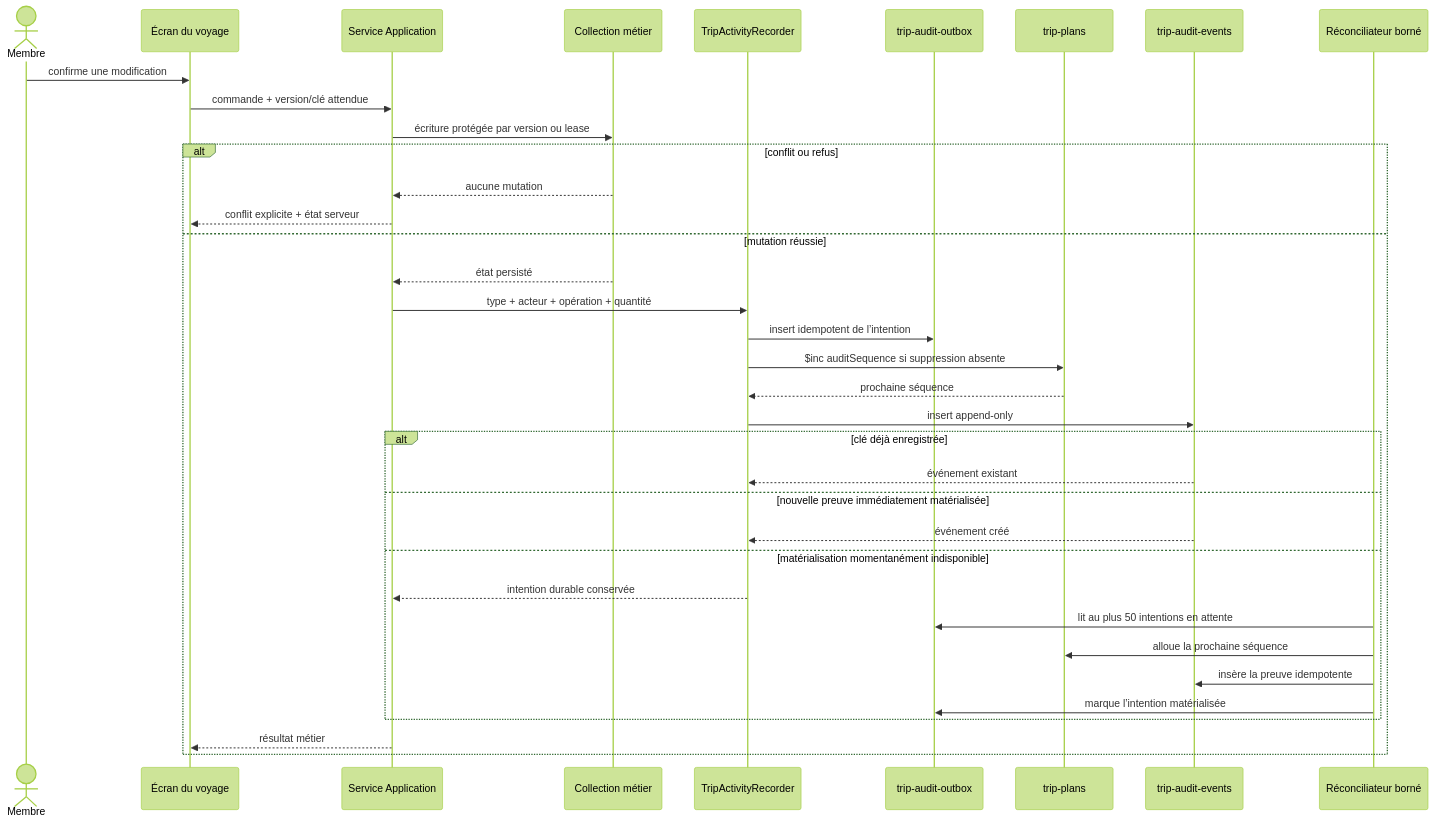
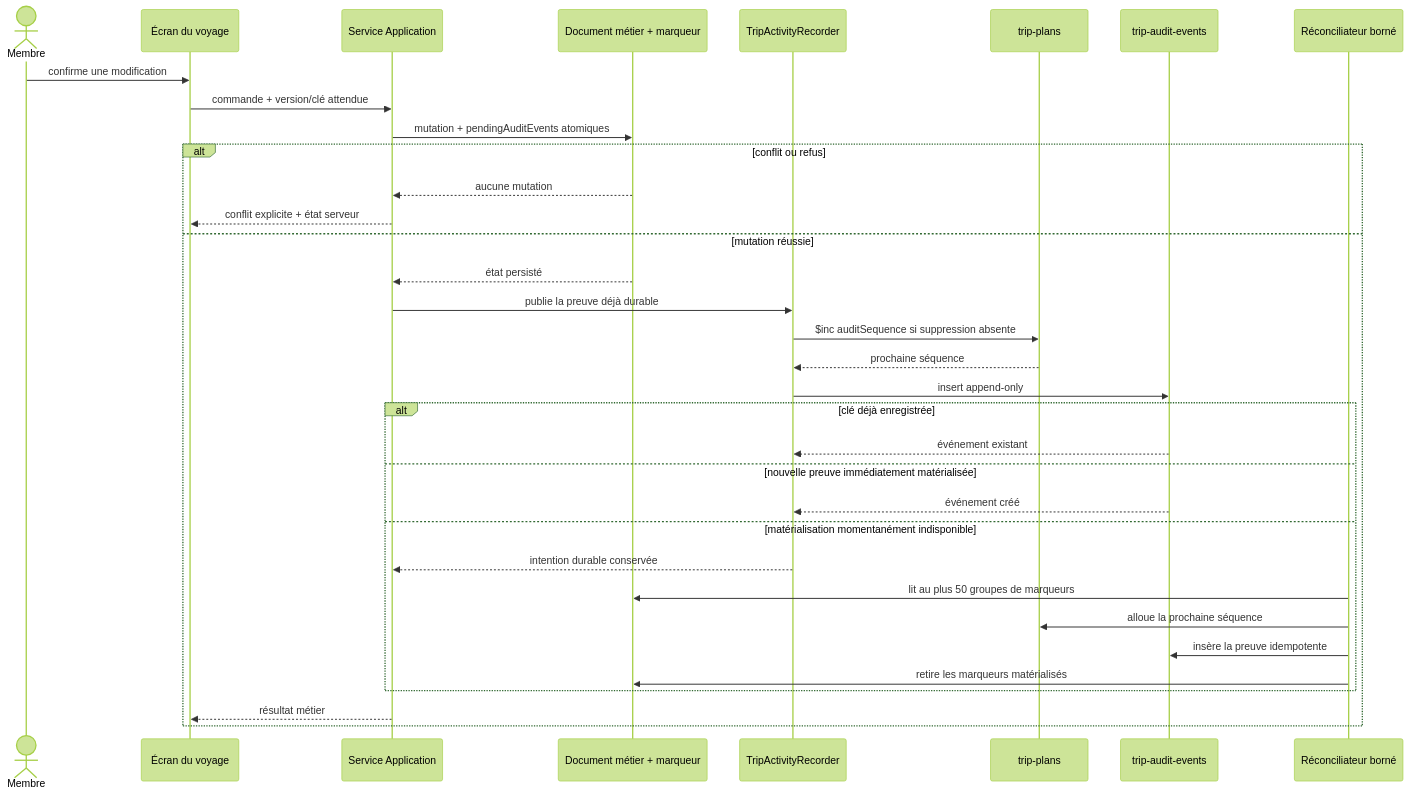
The third of 4 diagrams in docs/architecture/product-growth-trip-10-audit-concurrency-2026-09-18.md (Ced59/AmusementParkProject), drawn with Mermaid (forest theme) before and after one commit. The commit also changed other lines of this file and 47 other files, not shown here.

````diff
--- a/docs/architecture/product-growth-trip-10-audit-concurrency-2026-09-18.md
+++ b/docs/architecture/product-growth-trip-10-audit-concurrency-2026-09-18.md
@@ -196,39 +196,37 @@
 ```mermaid
 sequenceDiagram
     actor M as Membre
     participant UI as Écran du voyage
     participant A as Service Application
-    participant B as Collection métier
+    participant B as Document métier + marqueur
     participant R as TripActivityRecorder
-    participant O as trip-audit-outbox
     participant P as trip-plans
     participant J as trip-audit-events
     participant BG as Réconciliateur borné
 
     M->>UI: confirme une modification
     UI->>A: commande + version/clé attendue
-    A->>B: écriture protégée par version ou lease
+    A->>B: mutation + pendingAuditEvents atomiques
     alt conflit ou refus
       B-->>A: aucune mutation
       A-->>UI: conflit explicite + état serveur
     else mutation réussie
       B-->>A: état persisté
-      A->>R: type + acteur + opération + quantité
-      R->>O: insert idempotent de l’intention
+      A->>R: publie la preuve déjà durable
       R->>P: $inc auditSequence si suppression absente
       P-->>R: prochaine séquence
       R->>J: insert append-only
       alt clé déjà enregistrée
         J-->>R: événement existant
       else nouvelle preuve immédiatement matérialisée
         J-->>R: événement créé
       else matérialisation momentanément indisponible
         R-->>A: intention durable conservée
-        BG->>O: lit au plus 50 intentions en attente
+        BG->>B: lit au plus 50 groupes de marqueurs
         BG->>P: alloue la prochaine séquence
         BG->>J: insère la preuve idempotente
-        BG->>O: marque l’intention matérialisée
+        BG->>B: retire les marqueurs matérialisés
       end
       A-->>UI: résultat métier
     end
 ```
````
